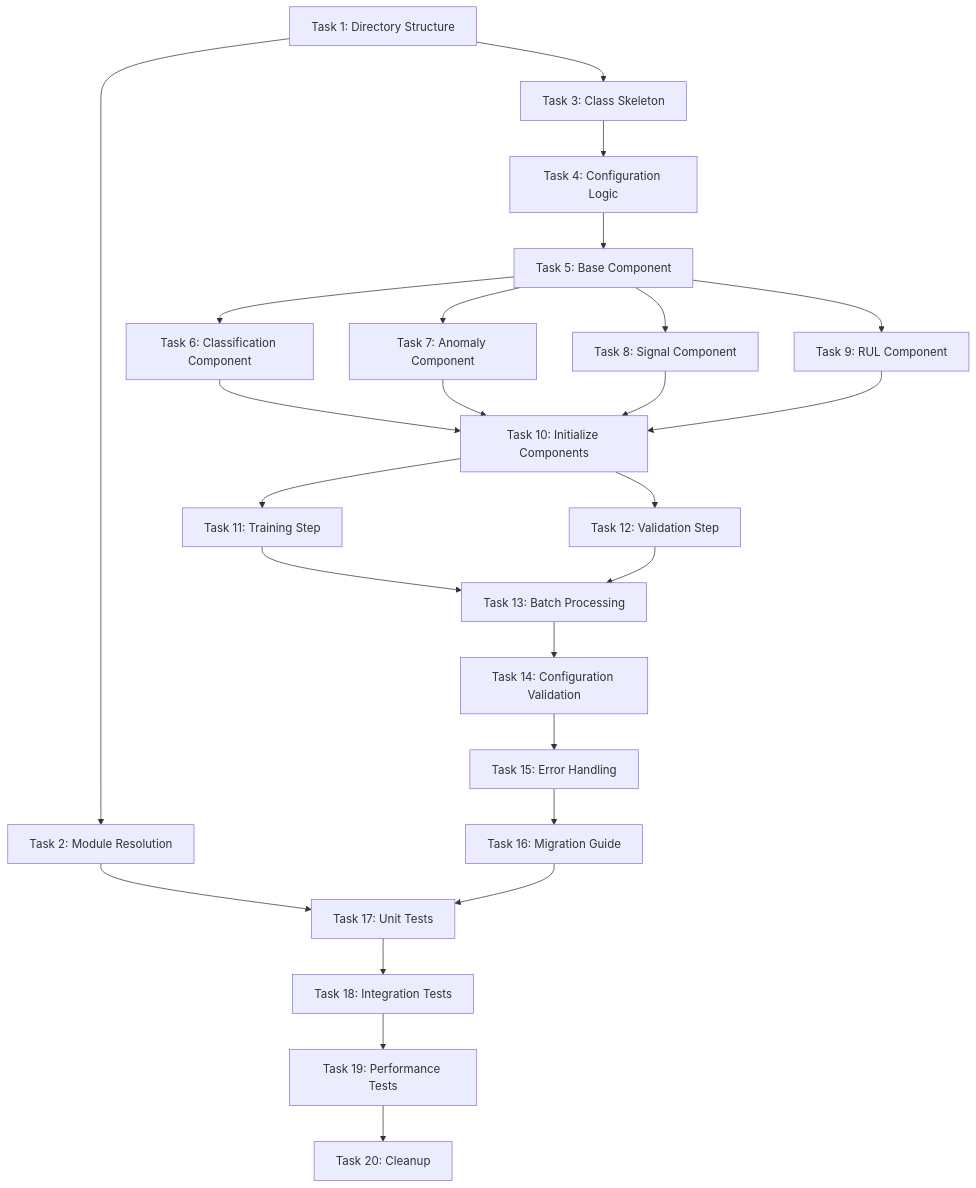
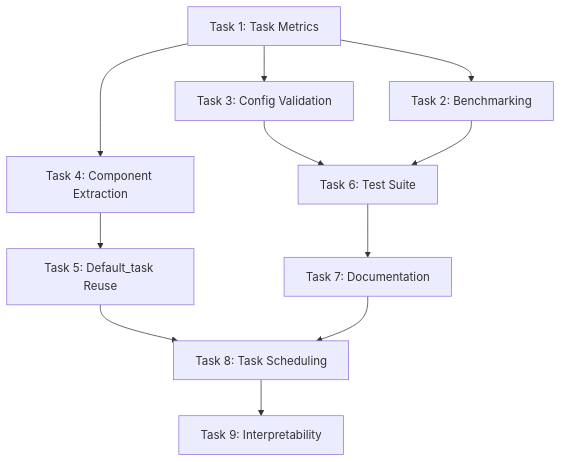
One commit to PHMbench/PHM-Vibench changed the diagram in .claude/specs/multi-task-refactor/tasks.md. Above: the diagram before and after it, drawn with Mermaid. The commit also changed other lines of this file and 23 other files, not shown here.

First line of the commit message:
feat: Implement multi-task PHM framework with modular task heads for classification, anomaly detection, signal prediction, and RUL prediction

````diff
--- a/.claude/specs/multi-task-refactor/tasks.md
+++ b/.claude/specs/multi-task-refactor/tasks.md
@@ -297,33 +223,18 @@
 ```mermaid
 graph TD
-    A[Task 1: Directory Structure] --> B[Task 2: Module Resolution]
-    A --> C[Task 3: Class Skeleton]
+    A[Task 1: Task Metrics] --> B[Task 2: Benchmarking]
+    A --> C[Task 3: Config Validation]
     
-    C --> D[Task 4: Configuration Logic]
-    D --> E[Task 5: Base Component]
+    C --> D[Task 6: Test Suite]
+    B --> D
     
-    E --> F[Task 6: Classification Component]
-    E --> G[Task 7: Anomaly Component]
-    E --> H[Task 8: Signal Component]
-    E --> I[Task 9: RUL Component]
+    A --> E[Task 4: Component Extraction]
+    E --> F[Task 5: Default_task Reuse]
     
-    F --> J[Task 10: Initialize Components]
-    G --> J
-    H --> J
-    I --> J
+    D --> G[Task 7: Documentation]
     
-    J --> K[Task 11: Training Step]
-    J --> L[Task 12: Validation Step]
-    K --> M[Task 13: Batch Processing]
-    L --> M
+    F --> H[Task 8: Task Scheduling]
+    G --> H
     
-    M --> N[Task 14: Configuration Validation]
-    N --> O[Task 15: Error Handling]
-    O --> P[Task 16: Migration Guide]
-    
-    B --> Q[Task 17: Unit Tests]
-    P --> Q
-    Q --> R[Task 18: Integration Tests]
-    R --> S[Task 19: Performance Tests]
-    S --> T[Task 20: Cleanup]
+    H --> I[Task 9: Interpretability]
 ```
````
